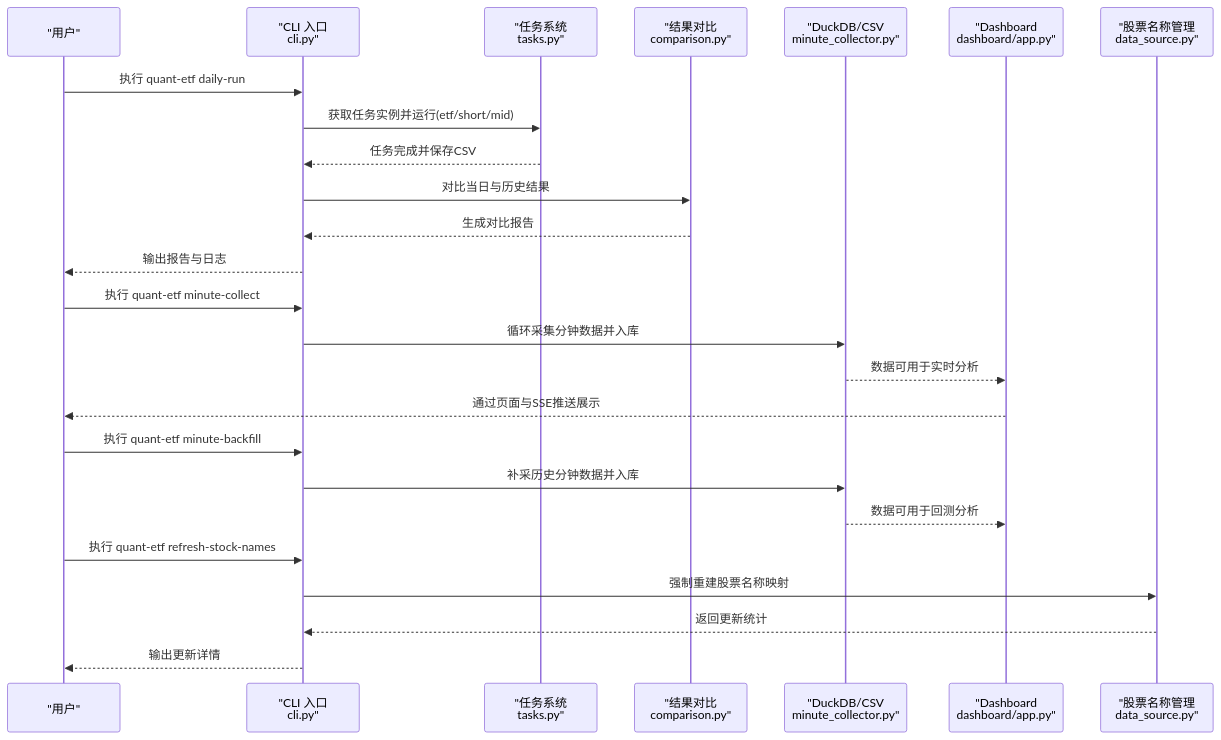
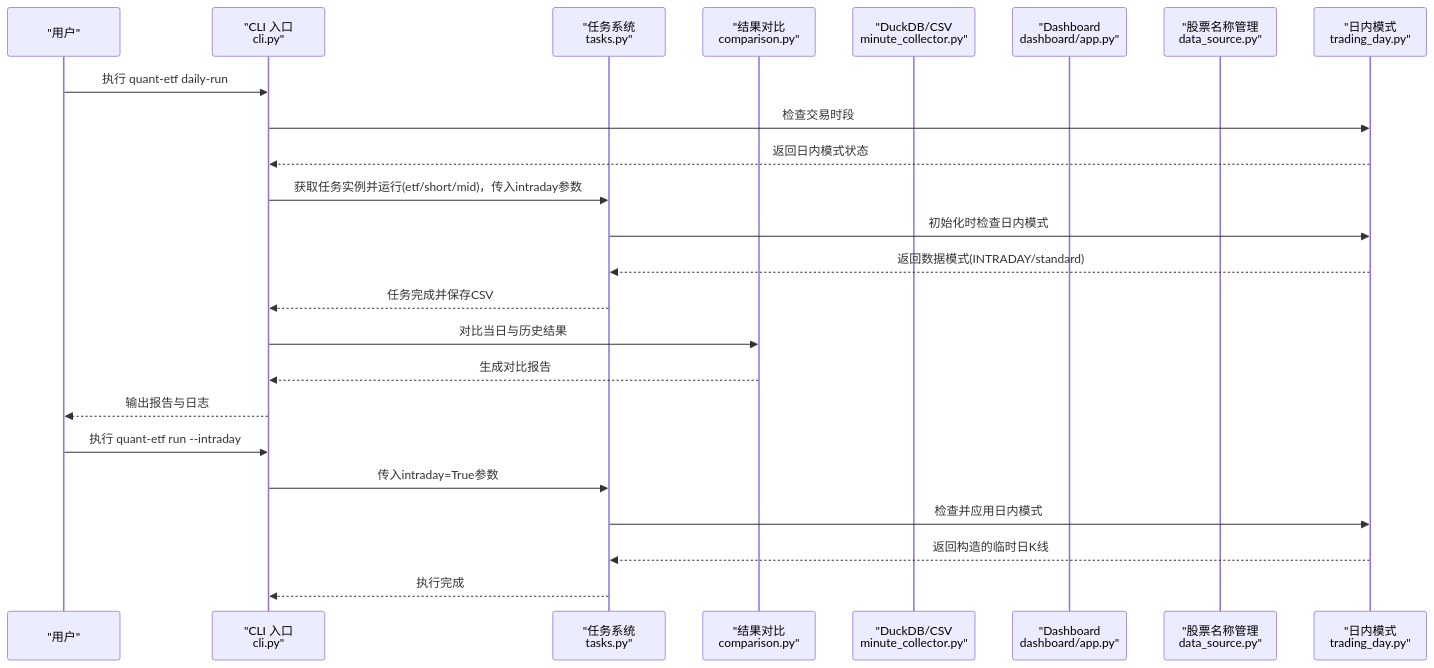
Before and after one commit to ldeng76/quant-ETF: the second of 4 diagrams in .qoder/repowiki/zh/content/CLI命令参考/CLI命令参考.md, drawn with Mermaid. The commit also changed other lines of this file and 12 other files, not shown here.

````diff
--- a/.qoder/repowiki/zh/content/CLI命令参考/CLI命令参考.md
+++ b/.qoder/repowiki/zh/content/CLI命令参考/CLI命令参考.md
@@ -111,27 +117,26 @@
 ```mermaid
 sequenceDiagram
 participant User as "用户"
 participant CLI as "CLI 入口<br/>cli.py"
 participant Tasks as "任务系统<br/>tasks.py"
 participant Compare as "结果对比<br/>comparison.py"
 participant DB as "DuckDB/CSV<br/>minute_collector.py"
 participant Dash as "Dashboard<br/>dashboard/app.py"
 participant Names as "股票名称管理<br/>data_source.py"
+participant Intraday as "日内模式<br/>trading_day.py"
 User->>CLI : 执行 quant-etf daily-run
-CLI->>Tasks : 获取任务实例并运行(etf/short/mid)
+CLI->>Intraday : 检查交易时段
+Intraday-->>CLI : 返回日内模式状态
+CLI->>Tasks : 获取任务实例并运行(etf/short/mid)，传入intraday参数
+Tasks->>Intraday : 初始化时检查日内模式
+Intraday-->>Tasks : 返回数据模式(INTRADAY/standard)
 Tasks-->>CLI : 任务完成并保存CSV
 CLI->>Compare : 对比当日与历史结果
 Compare-->>CLI : 生成对比报告
 CLI-->>User : 输出报告与日志
-User->>CLI : 执行 quant-etf minute-collect
-CLI->>DB : 循环采集分钟数据并入库
-DB-->>Dash : 数据可用于实时分析
-Dash-->>User : 通过页面与SSE推送展示
-User->>CLI : 执行 quant-etf minute-backfill
-CLI->>DB : 补采历史分钟数据并入库
-DB-->>Dash : 数据可用于回测分析
-User->>CLI : 执行 quant-etf refresh-stock-names
-CLI->>Names : 强制重建股票名称映射
-Names-->>CLI : 返回更新统计
-CLI-->>User : 输出更新详情
+User->>CLI : 执行 quant-etf run --intraday
+CLI->>Tasks : 传入intraday=True参数
+Tasks->>Intraday : 检查并应用日内模式
+Intraday-->>Tasks : 返回构造的临时日K线
+Tasks-->>CLI : 执行完成
 ```
````
